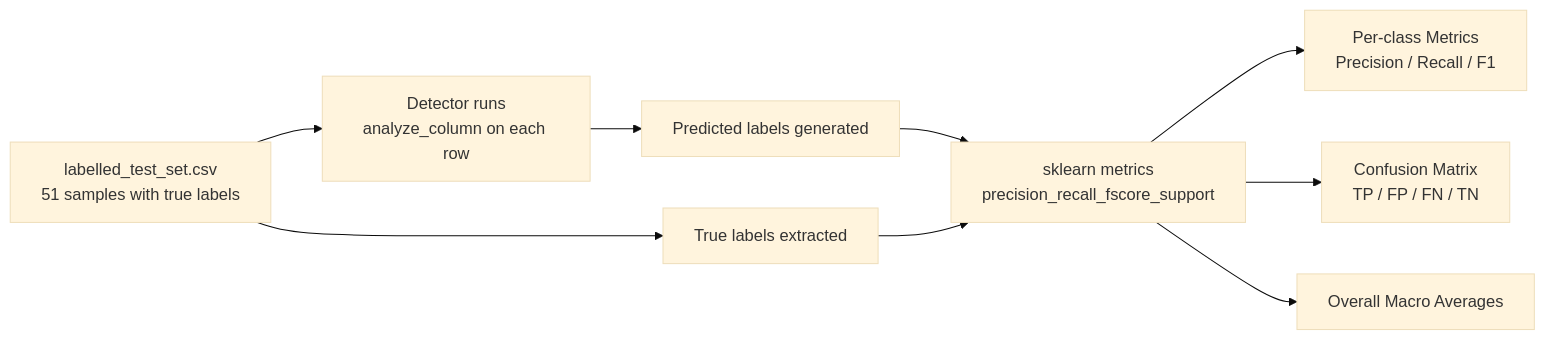
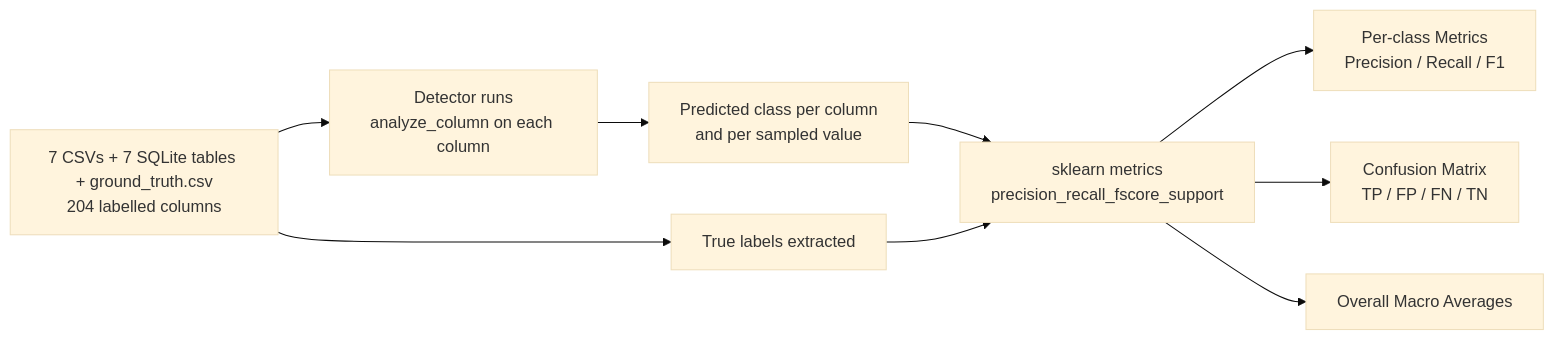
The fifth of 6 diagrams in README.md (aiori-hackathon/A3-PS019-TC210), drawn with Mermaid (base theme) before and after one commit. The commit also changed other lines of this file, not shown here.

````diff
--- a/README.md
+++ b/README.md
@@ -534,11 +547,11 @@
 ```mermaid
 flowchart LR
-    A["labelled_test_set.csv<br/>51 samples with true labels"] --> B[Detector runs<br/>analyze_column on each row]
-    B --> C[Predicted labels generated]
+    A["7 CSVs + 7 SQLite tables + ground_truth.csv<br/>204 labelled columns"] --> B[Detector runs<br/>analyze_column on each column]
+    B --> C[Predicted class per column<br/>and per sampled value]
     A --> D[True labels extracted]
     C --> E["sklearn metrics<br/>precision_recall_fscore_support"]
     D --> E
     E --> F[Per-class Metrics<br/>Precision / Recall / F1]
     E --> G[Confusion Matrix<br/>TP / FP / FN / TN]
     E --> H[Overall Macro Averages]
 ```
````
